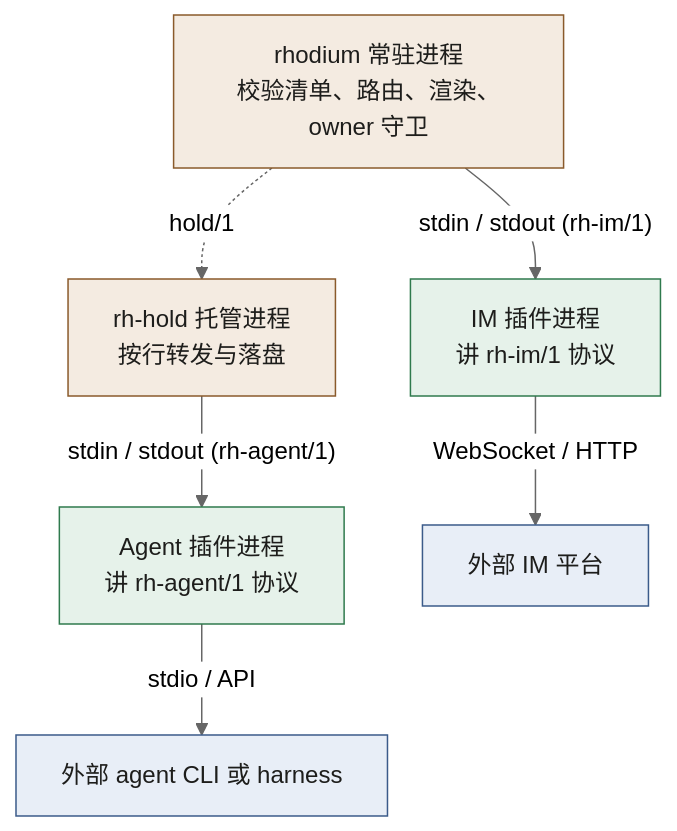
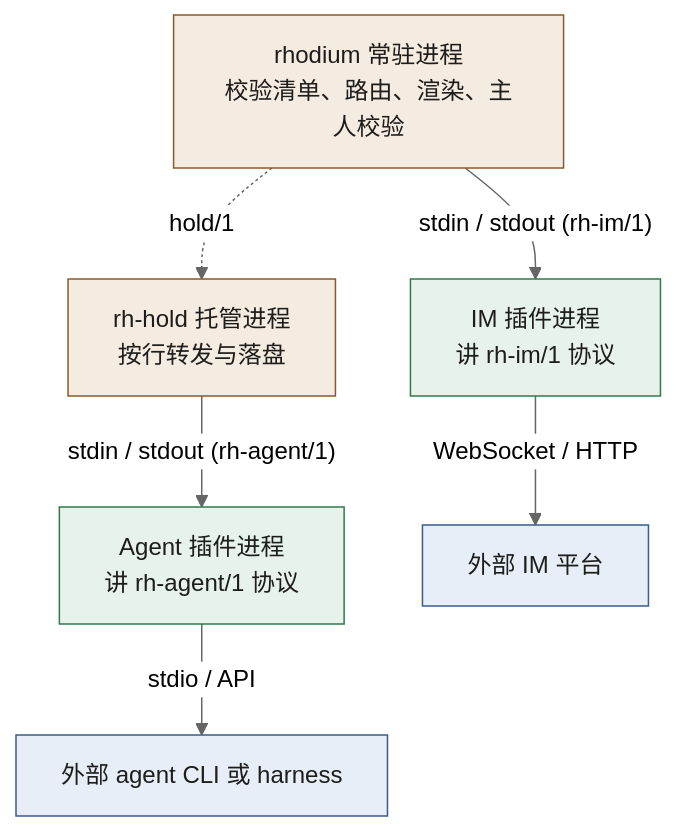
One commit to Rhapsody0x1/Rhodium-OSS changed the diagram in docs/adr/0015-out-of-process-plugins.md. Above: the diagram before and after it, drawn with Mermaid (neutral theme). The commit also changed other lines of this file and 1 other file, not shown here.

````diff
--- a/docs/adr/0015-out-of-process-plugins.md
+++ b/docs/adr/0015-out-of-process-plugins.md
@@ -11,19 +11,19 @@
 ```mermaid
 flowchart TD
   classDef rh fill:#f4ebe1,stroke:#8a5a2b,color:#1d1d1b
   classDef agent fill:#e6f2ea,stroke:#2f7a4d,color:#1d1d1b
   classDef ext fill:#e8eef7,stroke:#3b5b8a,color:#1d1d1b
 
-  RH["rhodium 常驻进程<br/>校验清单、路由、渲染、owner 守卫"]:::rh
+  RH["rhodium 常驻进程<br/>校验清单、路由、渲染、主人校验"]:::rh
   HD["rh-hold 托管进程<br/>按行转发与落盘"]:::rh
   AP["Agent 插件进程<br/>讲 rh-agent/1 协议"]:::agent
   CLI["外部 agent CLI 或 harness"]:::ext
   IP["IM 插件进程<br/>讲 rh-im/1 协议"]:::agent
   PLT["外部 IM 平台"]:::ext
 
   RH -. "hold/1" .-> HD
   HD -- "stdin / stdout (rh-agent/1)" --> AP
   AP -- "stdio / API" --> CLI
   RH -- "stdin / stdout (rh-im/1)" --> IP
   IP -- "WebSocket / HTTP" --> PLT
 ```
````
